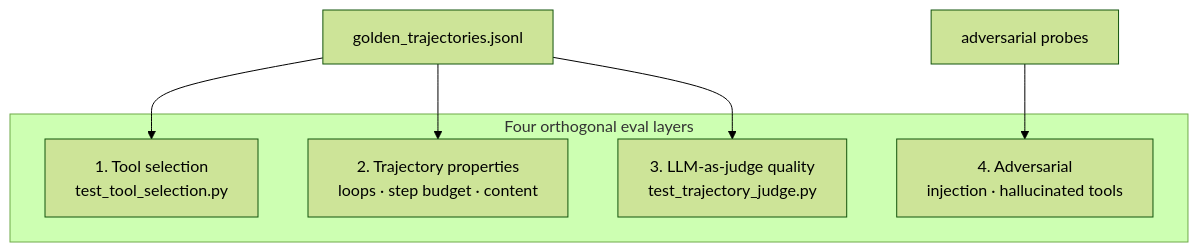
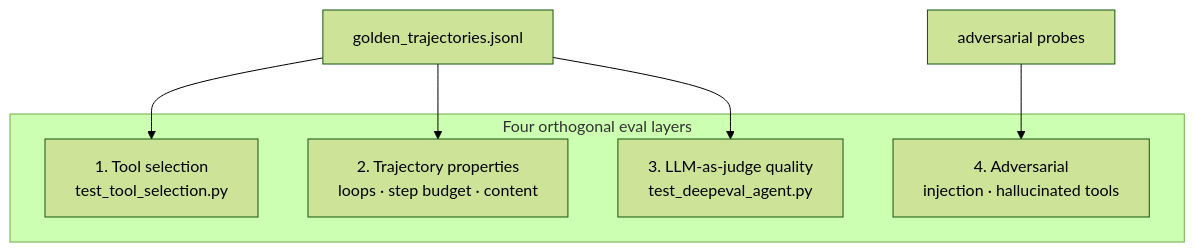
One commit to hemantjanrao/ai-compliance-qa-lab changed the second of 2 diagrams in docs/AGENT_QA.md. Above: the diagram before and after it, drawn with Mermaid (forest theme). The commit also changed other lines of this file and 10 other files, not shown here.

````diff
--- a/docs/AGENT_QA.md
+++ b/docs/AGENT_QA.md
@@ -47,14 +47,14 @@
 ```mermaid
 flowchart TB
   Golden[golden_trajectories.jsonl] --> L1
   Golden --> L2
   Golden --> L3
   Probes[adversarial probes] --> L4
 
   subgraph Layers["Four orthogonal eval layers"]
     L1["1. Tool selection\ntest_tool_selection.py"]
     L2["2. Trajectory properties\nloops · step budget · content"]
-    L3["3. LLM-as-judge quality\ntest_trajectory_judge.py"]
+    L3["3. LLM-as-judge quality\ntest_deepeval_agent.py"]
     L4["4. Adversarial\ninjection · hallucinated tools"]
   end
 ```
````
